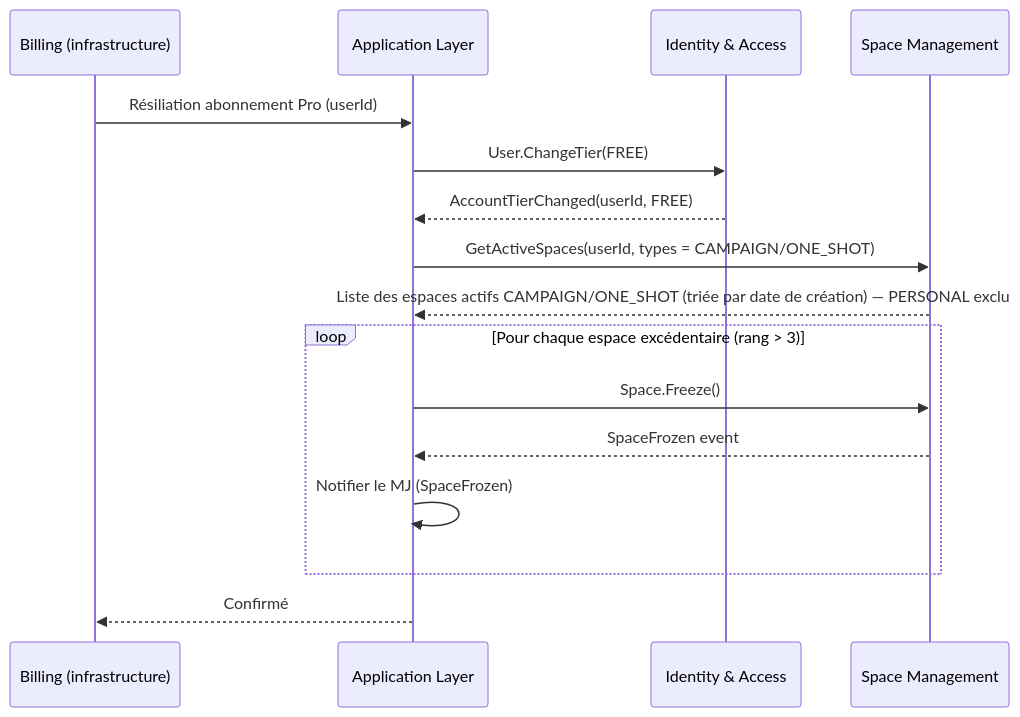
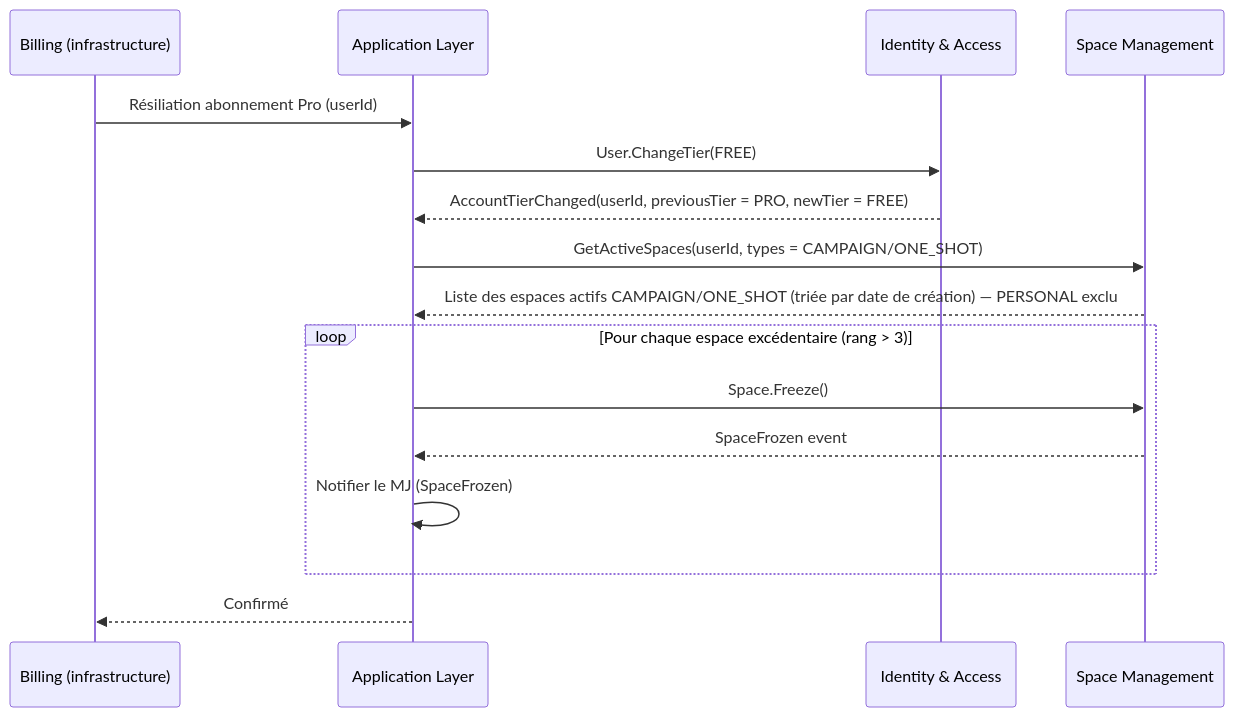
The fifth of 7 diagrams in docs/domaine/space-management/flows.md (2025-10-CDA-ECO-P6/PM-micro-saas), drawn with Mermaid before and after one commit. The commit also changed other lines of this file and 3 other files, not shown here.

````diff
--- a/docs/domaine/space-management/flows.md
+++ b/docs/domaine/space-management/flows.md
@@ -89,19 +95,19 @@
 ```mermaid
 sequenceDiagram
     participant Billing as Billing (infrastructure)
     participant App as Application Layer
     participant IA as Identity & Access
     participant SM as Space Management
 
     Billing->>App: Résiliation abonnement Pro (userId)
     App->>IA: User.ChangeTier(FREE)
-    IA-->>App: AccountTierChanged(userId, FREE)
+    IA-->>App: AccountTierChanged(userId, previousTier = PRO, newTier = FREE)
     App->>SM: GetActiveSpaces(userId, types = CAMPAIGN/ONE_SHOT)
     SM-->>App: Liste des espaces actifs CAMPAIGN/ONE_SHOT (triée par date de création) — PERSONAL exclu
     loop Pour chaque espace excédentaire (rang > 3)
         App->>SM: Space.Freeze()
         SM-->>App: SpaceFrozen event
         App->>App: Notifier le MJ (SpaceFrozen)
     end
     App-->>Billing: Confirmé
 ```
````
